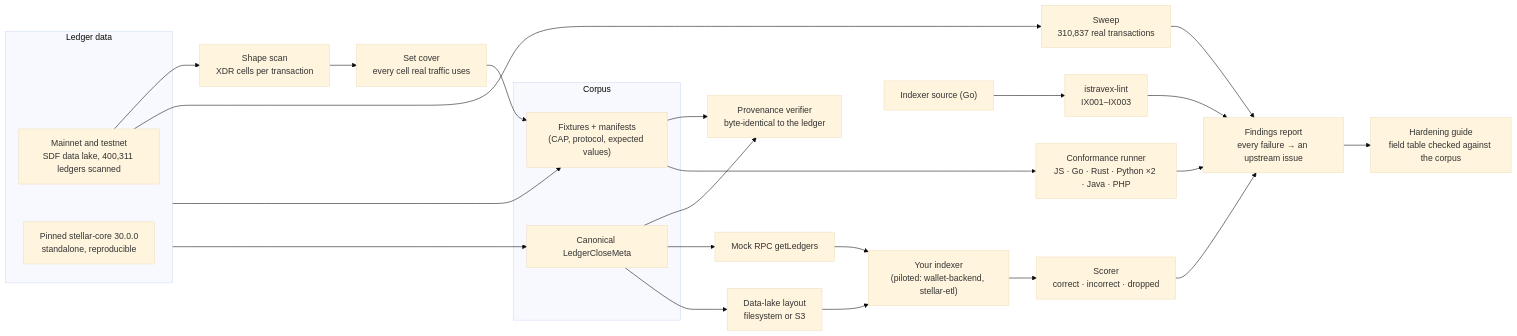
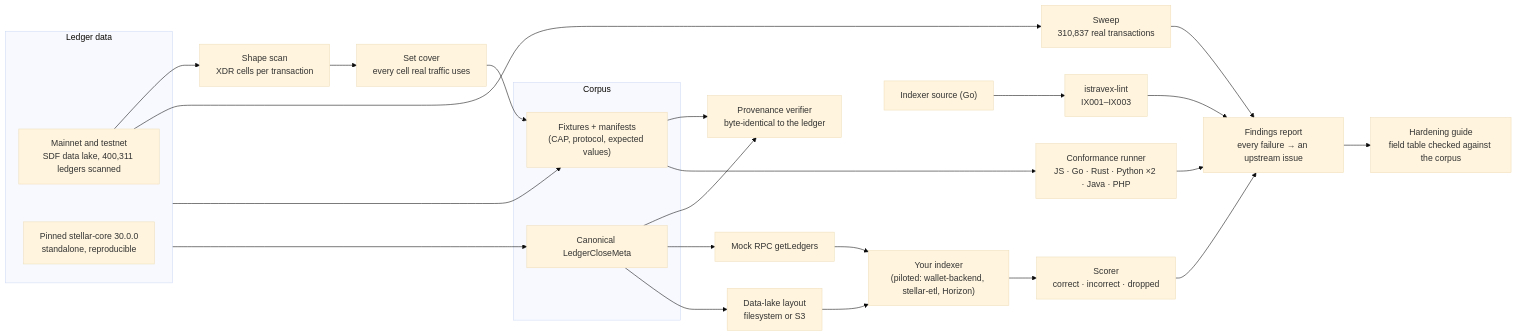
Before and after one commit to hackcat29/istravex: the diagram in public/proposal.md, drawn with Mermaid (base theme). The commit also changed other lines of this file and 30 other files, not shown here.

First line of the commit message:
Horizon as the third indexer; PHP and stellar-core case results; funded plan rewritten

````diff
--- a/public/proposal.md
+++ b/public/proposal.md
@@ -20,31 +20,31 @@
 ```mermaid
 flowchart LR
   subgraph sources["Ledger data"]
     M["Mainnet and testnet<br/>SDF data lake, 400,311 ledgers scanned"]
     G["Pinned stellar-core 30.0.0<br/>standalone, reproducible"]
   end
   M --> SC["Shape scan<br/>XDR cells per transaction"]
   SC --> COVER["Set cover<br/>every cell real traffic uses"]
   COVER --> F
   subgraph corpus["Corpus"]
     F["Fixtures + manifests<br/>(CAP, protocol, expected values)"]
     L["Canonical LedgerCloseMeta"]
   end
   sources --> F
   sources --> L
   F --> V["Provenance verifier<br/>byte-identical to the ledger"]
   L --> V
   F --> R["Conformance runner<br/>JS · Go · Rust · Python ×2 · Java · PHP"]
   M --> SW["Sweep<br/>310,837 real transactions"]
   SW --> FR
   L --> RPC["Mock RPC getLedgers"]
   L --> LAKE["Data-lake layout<br/>filesystem or S3"]
-  RPC --> IDX["Your indexer<br/>(piloted: wallet-backend, stellar-etl)"]
+  RPC --> IDX["Your indexer<br/>(piloted: wallet-backend, stellar-etl, Horizon)"]
   LAKE --> IDX
   IDX --> S["Scorer<br/>correct · incorrect · dropped"]
   SRC["Indexer source (Go)"] --> LINT["istravex-lint<br/>IX001–IX003"]
   R --> FR["Findings report<br/>every failure → an upstream issue"]
   S --> FR
   LINT --> FR
   FR --> GUIDE["Hardening guide<br/>field table checked against the corpus"]
 ```
````
